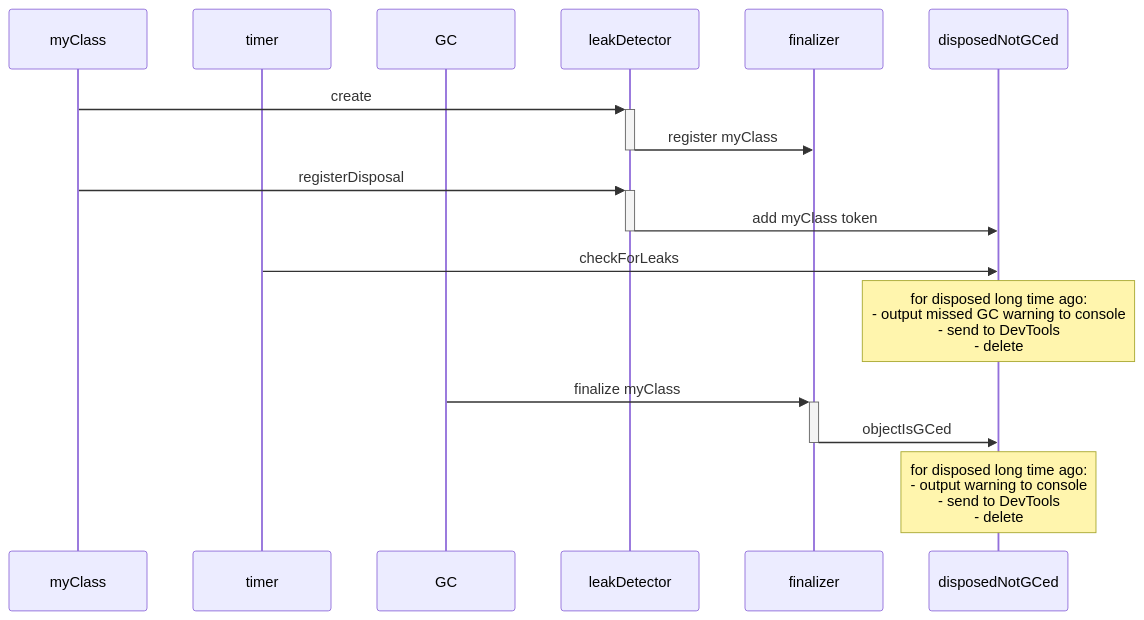
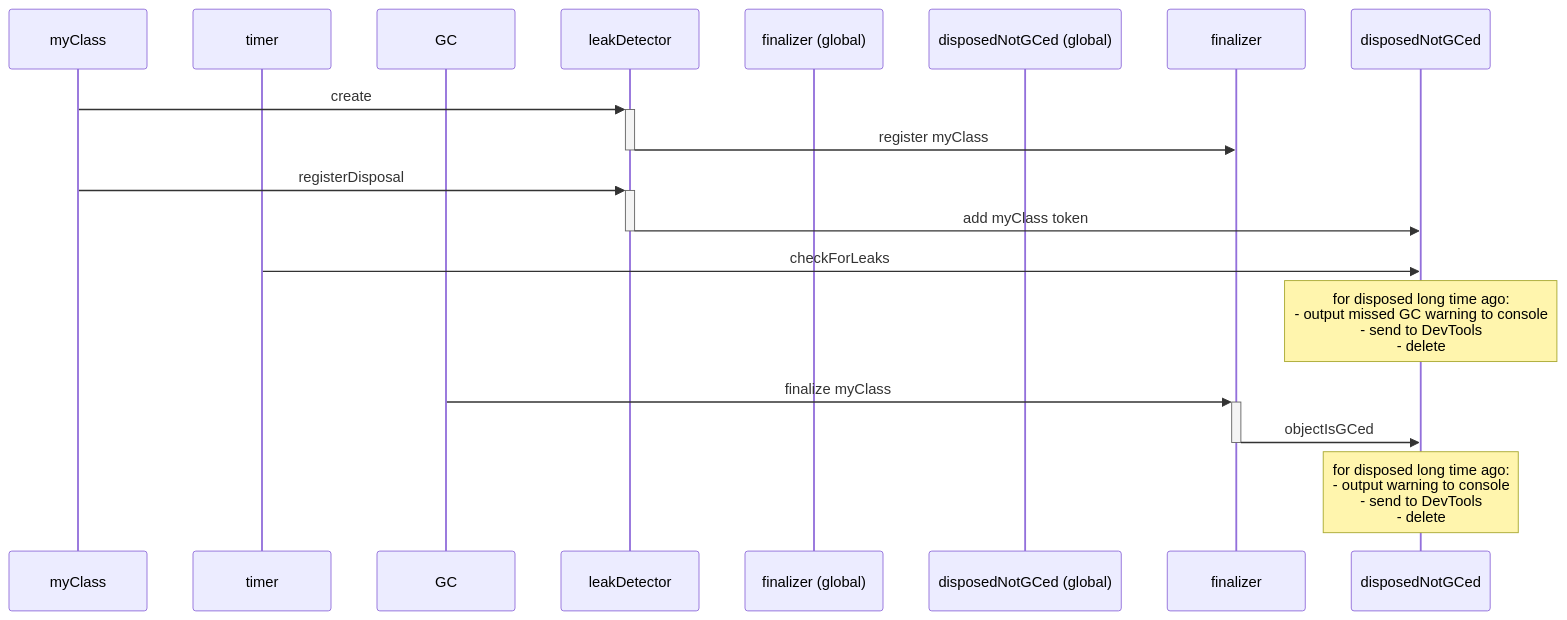
One commit to polina-c/spikes changed the diagram in dart-leaks/doc/leak_detection.md. Above: the diagram before and after it, drawn with Mermaid.

````diff
--- a/dart-leaks/doc/leak_detection.md
+++ b/dart-leaks/doc/leak_detection.md
@@ -1,17 +1,20 @@
 ```mermaid
 sequenceDiagram
     participant myClass
     participant timer
     participant GC
+    participant leakDetector
+    participant finalizer (global)
+    participant disposedNotGCed (global)
 
     myClass ->>+ leakDetector: create
     leakDetector ->>- finalizer: register myClass
     myClass ->>+ leakDetector: registerDisposal
     leakDetector ->>- disposedNotGCed: add myClass token
     timer ->> disposedNotGCed: checkForLeaks
     Note over disposedNotGCed: for disposed long time ago:<br/>- output missed GC warning to console<br/>- send to DevTools<br/>- delete
     GC ->>+ finalizer: finalize myClass
     finalizer ->>- disposedNotGCed: objectIsGCed
     Note over disposedNotGCed: for disposed long time ago:<br/>- output warning to console<br/>- send to DevTools<br/>- delete
     	 
 ```
````
